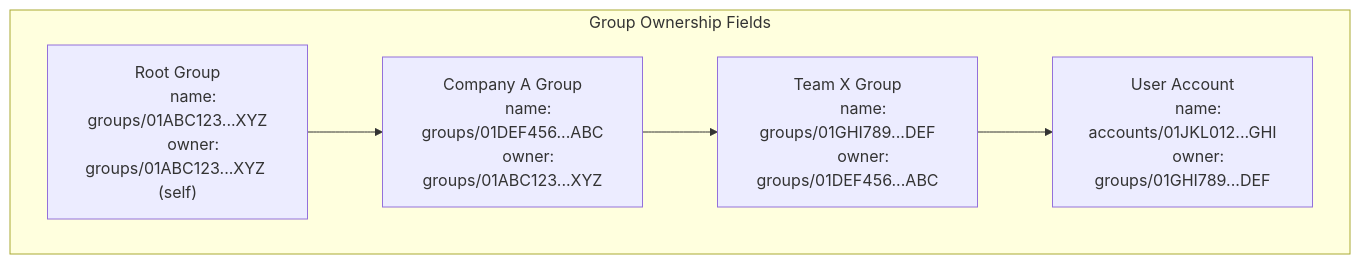
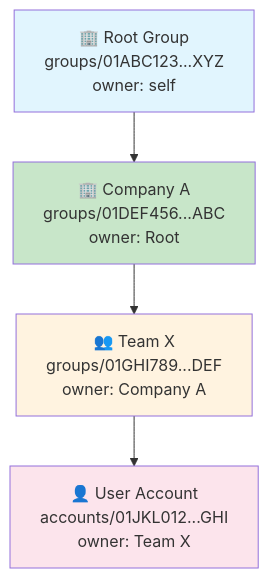
Before and after one commit to meshtrade/api: the first of 6 diagrams in docs/docs/architecture/resource-hierarchy.mdx, drawn with Mermaid. The commit also changed other lines of this file and 5 other files, not shown here.

````diff
--- a/docs/docs/architecture/resource-hierarchy.mdx
+++ b/docs/docs/architecture/resource-hierarchy.mdx
@@ -59,24 +33,24 @@
 ```mermaid
 graph TD
-    subgraph "Group Ownership Fields"
-        Root["Root Group
-        name: groups/01ABC123...XYZ
-        owner: groups/01ABC123...XYZ (self)"]
+    Root["🏢 Root Group
+    groups/01ABC123...XYZ
+    owner: self"]
+    CompanyA["🏢 Company A
+    groups/01DEF456...ABC
+    owner: Root"]
+    TeamX["👥 Team X
+    groups/01GHI789...DEF
+    owner: Company A"]
+    Account["👤 User Account
+    accounts/01JKL012...GHI
+    owner: Team X"]
 
-        CompanyA["Company A Group
-        name: groups/01DEF456...ABC
-        owner: groups/01ABC123...XYZ"]
+    Root --> CompanyA
+    CompanyA --> TeamX
+    TeamX --> Account
 
-        TeamX["Team X Group
-        name: groups/01GHI789...DEF
-        owner: groups/01DEF456...ABC"]
-
-        Account["User Account
-        name: accounts/01JKL012...GHI
-        owner: groups/01GHI789...DEF"]
-
-        Root --> CompanyA
-        CompanyA --> TeamX
-        TeamX --> Account
-    end
+    style Root fill:#e1f5fe
+    style CompanyA fill:#c8e6c9
+    style TeamX fill:#fff3e0
+    style Account fill:#fce4ec
 ```
````
